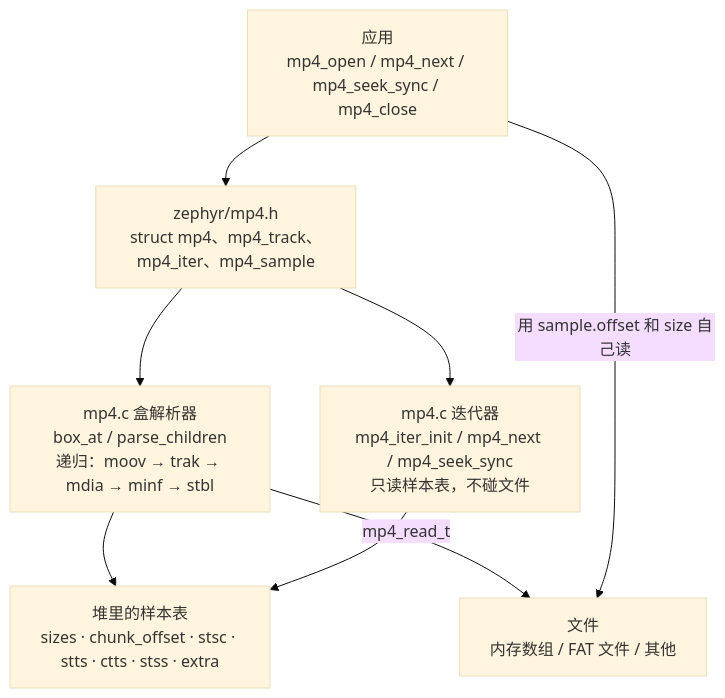
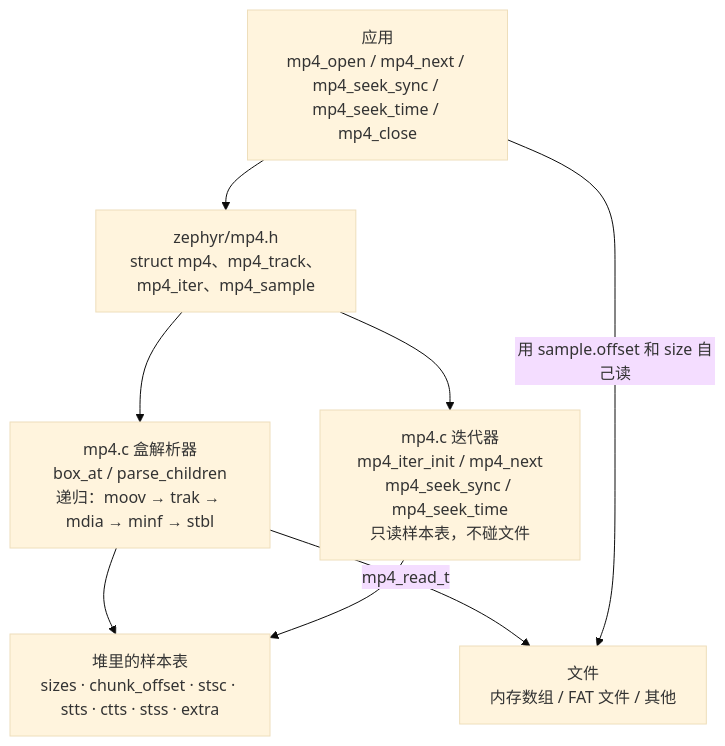
One commit to YuzukiHD/YuzukiNeko changed the first of 4 diagrams in docs/src/content/docs/dev/zephyr/components/mp4.md. Above: the diagram before and after it, drawn with Mermaid (base theme). The commit also changed other lines of this file and 39 other files, not shown here.

````diff
--- a/docs/src/content/docs/dev/zephyr/components/mp4.md
+++ b/docs/src/content/docs/dev/zephyr/components/mp4.md
@@ -26,10 +19,10 @@
 ```mermaid
 flowchart TB
-    APP["应用<br/>mp4_open / mp4_next / mp4_seek_sync / mp4_close"] --> API["zephyr/mp4.h<br/>struct mp4、mp4_track、mp4_iter、mp4_sample"]
+    APP["应用<br/>mp4_open / mp4_next / mp4_seek_sync / mp4_seek_time / mp4_close"] --> API["zephyr/mp4.h<br/>struct mp4、mp4_track、mp4_iter、mp4_sample"]
     API --> PARSE["mp4.c 盒解析器<br/>box_at / parse_children<br/>递归：moov → trak → mdia → minf → stbl"]
-    API --> ITER["mp4.c 迭代器<br/>mp4_iter_init / mp4_next / mp4_seek_sync<br/>只读样本表，不碰文件"]
+    API --> ITER["mp4.c 迭代器<br/>mp4_iter_init / mp4_next<br/>mp4_seek_sync / mp4_seek_time<br/>只读样本表，不碰文件"]
     PARSE --> TABLES["堆里的样本表<br/>sizes · chunk_offset · stsc · stts · ctts · stss · extra"]
     ITER --> TABLES
     PARSE -->|mp4_read_t| FILE["文件<br/>内存数组 / FAT 文件 / 其他"]
     APP -->|"用 sample.offset 和 size 自己读"| FILE
 ```
````
